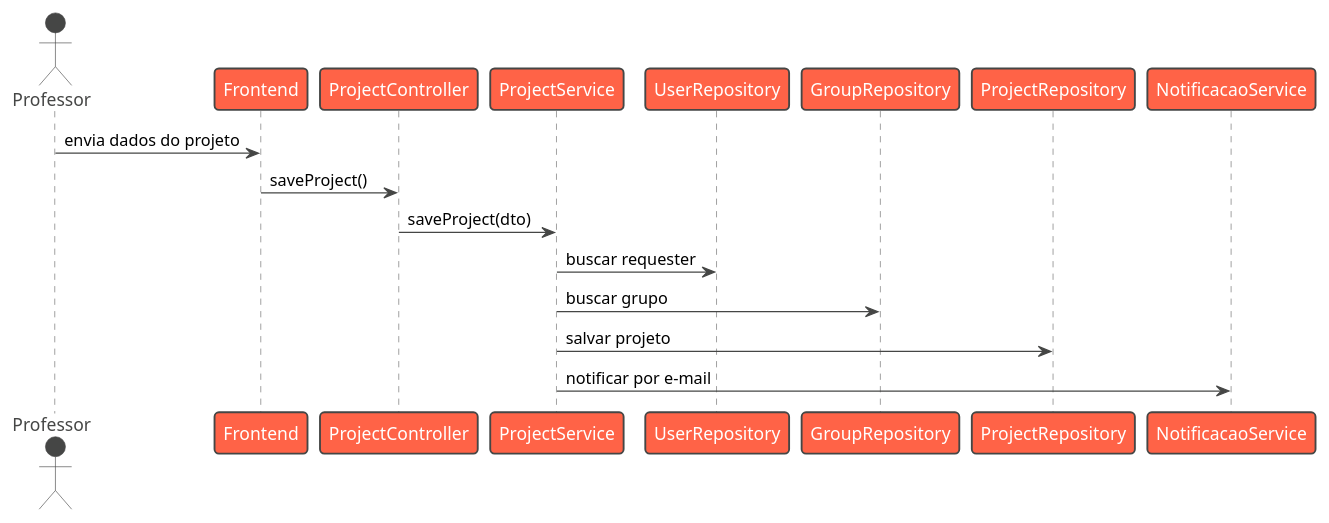
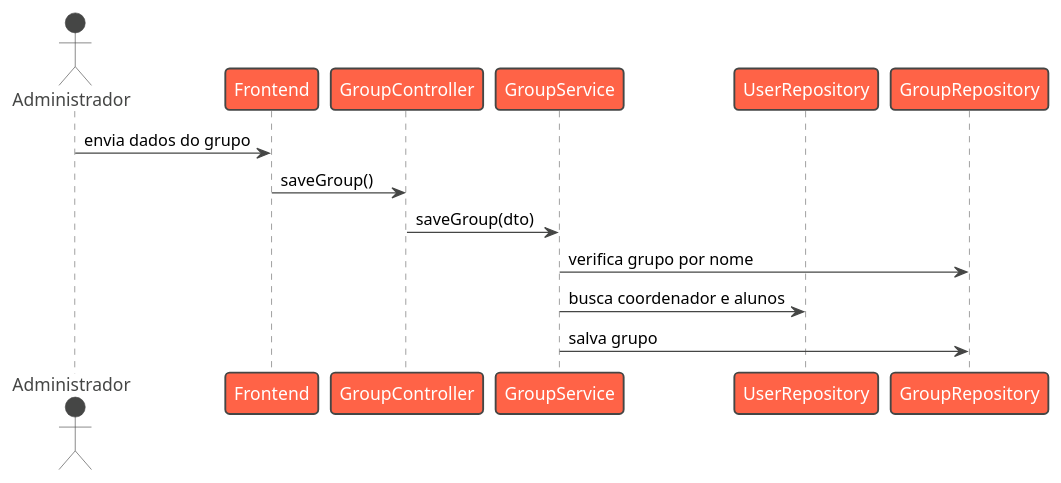
The diagram in management_service/src/main/java/ucsal/br/api/management_service/uml/Level4fluxo_grupo.puml (Trabalho-Arquitetura-de-Software/backend), drawn with PlantUML before and after one commit.

Commit message:
👥 Atualiza diagrama de sequência: fluxo de grupo

```diff
--- a/management_service/src/main/java/ucsal/br/api/management_service/uml/Level4fluxo_grupo.puml
+++ b/management_service/src/main/java/ucsal/br/api/management_service/uml/Level4fluxo_grupo.puml
@@ -1,19 +1,16 @@
 @startuml
 !theme vibrant
-actor Professor
+actor Administrador
 participant "Frontend" as FE
-participant "ProjectController" as PC
-participant "ProjectService" as PS
+participant "GroupController" as GC
+participant "GroupService" as GS
 participant "UserRepository" as UR
 participant "GroupRepository" as GR
-participant "ProjectRepository" as PR
-participant "NotificacaoService" as NS
 
-Professor -> FE : envia dados do projeto
-FE -> PC : saveProject()
-PC -> PS : saveProject(dto)
-PS -> UR : buscar requester
-PS -> GR : buscar grupo
-PS -> PR : salvar projeto
-PS -> NS : notificar por e-mail
+Administrador -> FE : envia dados do grupo
+FE -> GC : saveGroup()
+GC -> GS : saveGroup(dto)
+GS -> GR : verifica grupo por nome
+GS -> UR : busca coordenador e alunos
+GS -> GR : salva grupo
 @enduml
```
